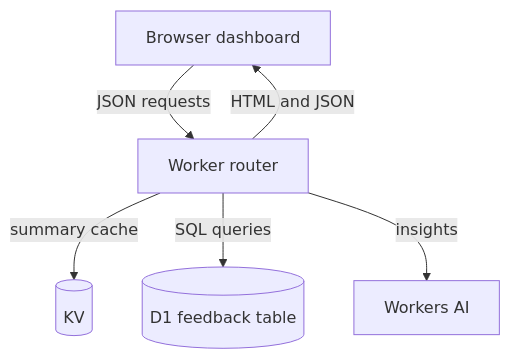
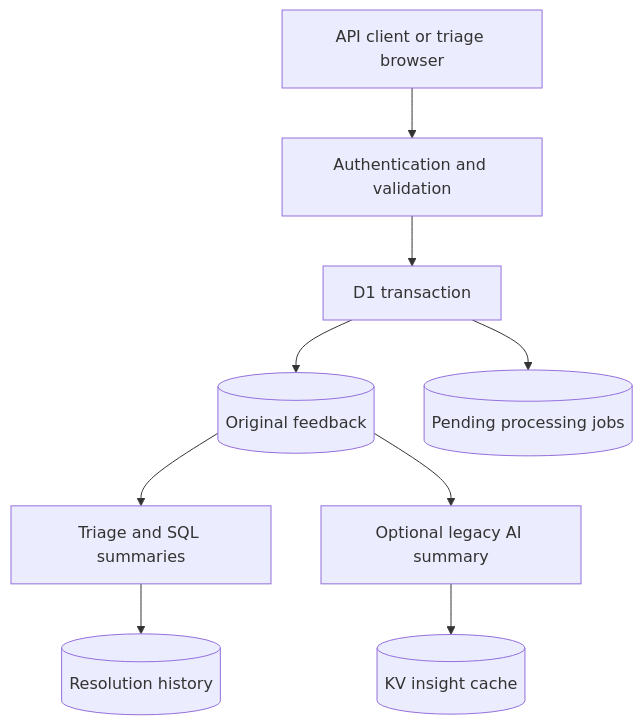
The diagram in README.md (Albert-bit07/feedback-analyzer), drawn with Mermaid before and after one commit. The commit also changed other lines of this file and 14 other files, not shown here.

Commit message:
Add authenticated feedback intake and transactional triage workflow (#5)

````diff
--- a/README.md
+++ b/README.md
@@ -20,8 +9,11 @@
 ```mermaid
 flowchart TD
-  B[Browser dashboard] -->|JSON requests| W[Worker router]
-  W -->|summary cache| K[(KV)]
-  W -->|SQL queries| D[(D1 feedback table)]
-  W -->|insights| A[Workers AI]
-  W -->|HTML and JSON| B
+  C[API client or triage browser] --> A[Authentication and validation]
+  A --> T[D1 transaction]
+  T --> F[(Original feedback)]
+  T --> J[(Pending processing jobs)]
+  F --> V[Triage and SQL summaries]
+  V --> H[(Resolution history)]
+  F --> I[Optional legacy AI summary]
+  I --> K[(KV insight cache)]
 ```
````
